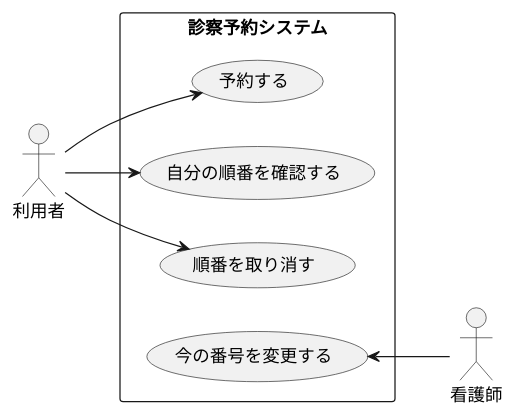
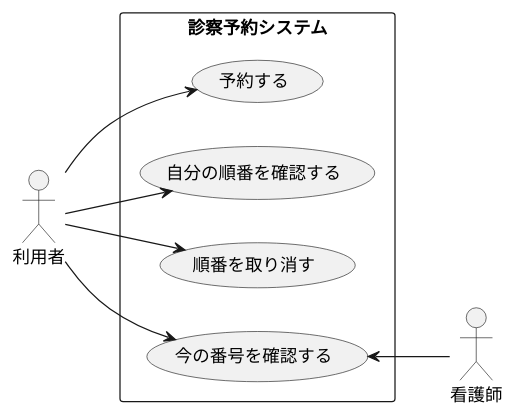
Before and after one commit to itouayumu/uml-introduction-: the diagram in 演習6-3_ユースケース図_診察予約システム.pu, drawn with PlantUML.

Commit message:
修正

```diff
--- a/演習6-3_ユースケース図_診察予約システム.pu
+++ b/演習6-3_ユースケース図_診察予約システム.pu
@@ -1,15 +1,16 @@
 @startuml 例題1
 left to right direction
 actor 利用者 as user
 actor 看護師 as nace
 rectangle 診察予約システム {
 usecase 予約する as a1
 usecase 自分の順番を確認する as a2
 usecase 順番を取り消す as a3
-usecase 今の番号を変更する as a4
+usecase 今の番号を確認する as a4
 }
 user-->a1
 user-->a2
 user-->a3
 a4<--nace
+user-->a4
 @enduml
```
